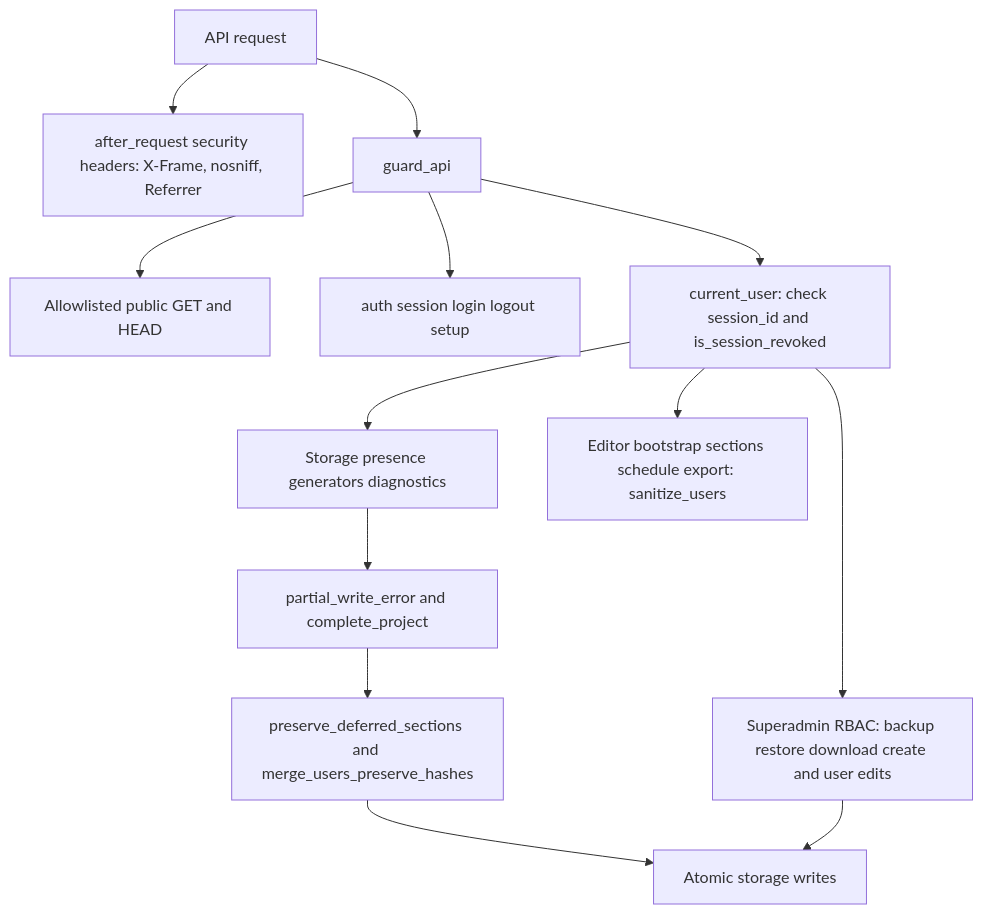
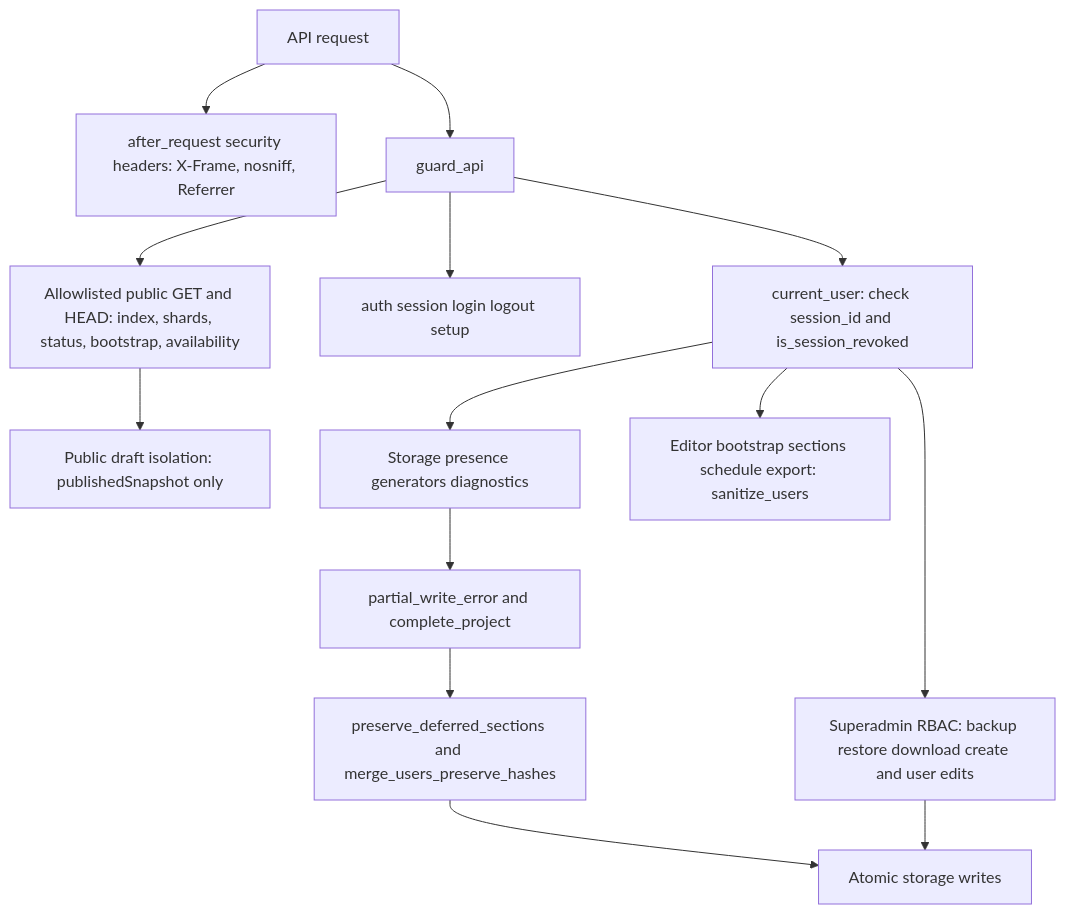
Before and after one commit to Utkautka1/timetable22: the third of 6 diagrams in docs/UML.md, drawn with Mermaid. The commit also changed other lines of this file and 4 other files, not shown here.

Commit message:
fix(audit): resolve security warning, scheduler practice check and draft isolation

````diff
--- a/docs/UML.md
+++ b/docs/UML.md
@@ -56,15 +56,16 @@
 ```mermaid
 flowchart TD
     Request[API request] --> Headers[after_request security headers: X-Frame, nosniff, Referrer]
     Request --> Guard[guard_api]
-    Guard --> PublicGet[Allowlisted public GET and HEAD]
+    Guard --> PublicGet[Allowlisted public GET and HEAD: index, shards, status, bootstrap, availability]
+    PublicGet --> PublicSource[Public draft isolation: publishedSnapshot only]
     Guard --> AuthRoutes[auth session login logout setup]
     Guard --> Session[current_user: check session_id and is_session_revoked]
     Session --> Private[Storage presence generators diagnostics]
     Session --> EditorTransportRoutes[Editor bootstrap sections schedule export: sanitize_users]
     Session --> Superadmin[Superadmin RBAC: backup restore download create and user edits]
     Private --> PartialCheck[partial_write_error and complete_project]
     PartialCheck --> PreserveCheck[preserve_deferred_sections and merge_users_preserve_hashes]
     PreserveCheck --> Writes[Atomic storage writes]
     Superadmin --> Writes
 ```
````
